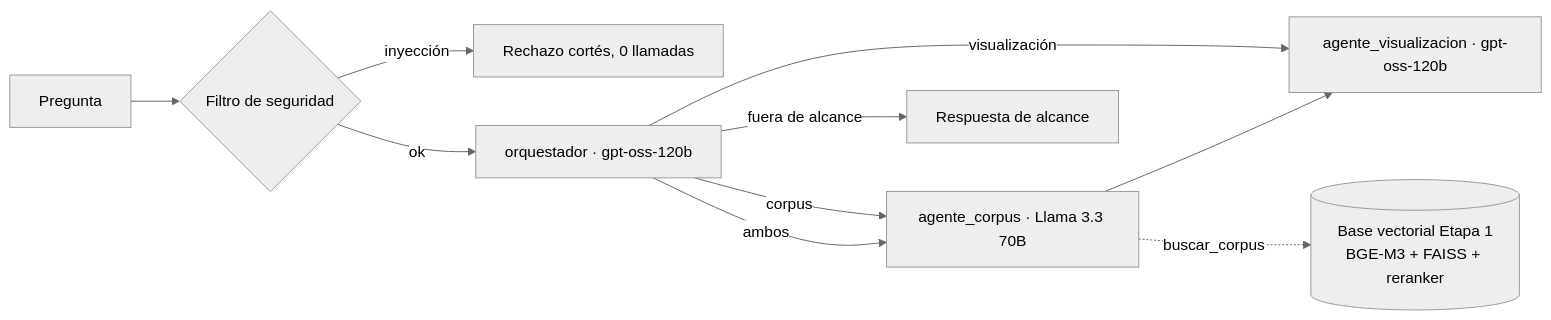
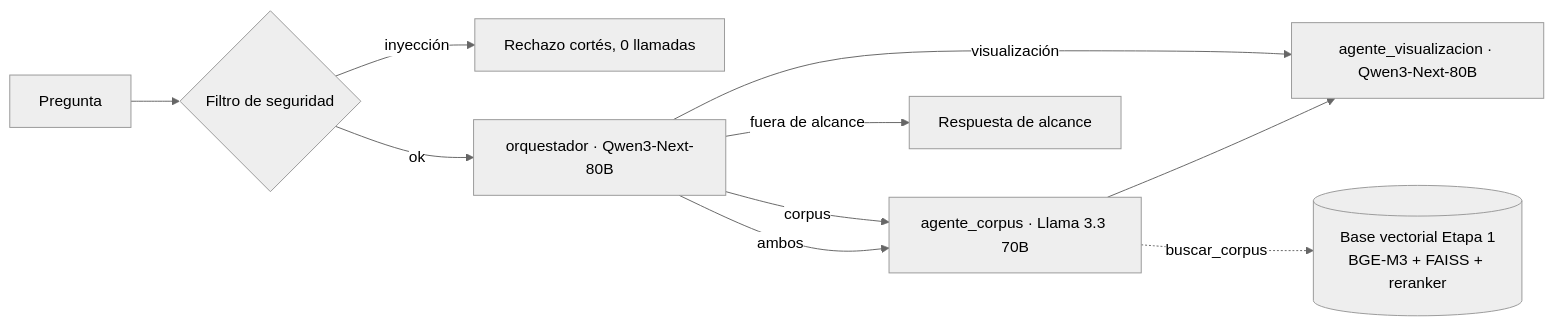
The diagram in agent/README.md (JuanMCanchala/codefest-adastra), drawn with Mermaid (neutral theme) before and after one commit. The commit also changed other lines of this file and 2 other files, not shown here.

First line of the commit message:
Configura el gateway de ADL y fija los modelos por agente con una prueba real

````diff
--- a/agent/README.md
+++ b/agent/README.md
@@ -15,11 +15,11 @@
 ```mermaid
 flowchart LR
     U[Pregunta] --> G{Filtro de seguridad}
     G -- inyección --> R[Rechazo cortés, 0 llamadas]
-    G -- ok --> O[orquestador · gpt-oss-120b]
+    G -- ok --> O[orquestador · Qwen3-Next-80B]
     O -- corpus --> C[agente_corpus · Llama 3.3 70B]
-    O -- visualización --> V[agente_visualizacion · gpt-oss-120b]
+    O -- visualización --> V[agente_visualizacion · Qwen3-Next-80B]
     O -- ambos --> C --> V
     O -- fuera de alcance --> F[Respuesta de alcance]
     C -. buscar_corpus .-> B[(Base vectorial Etapa 1<br/>BGE-M3 + FAISS + reranker)]
 ```
````
